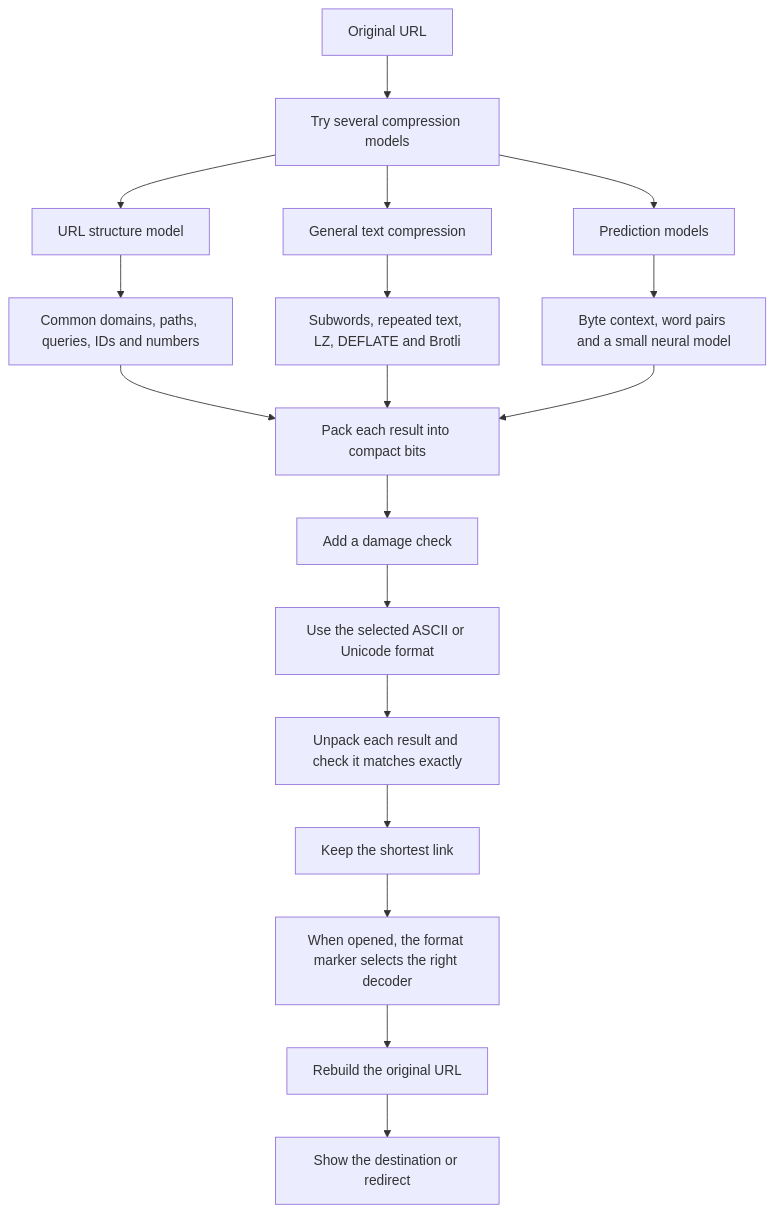
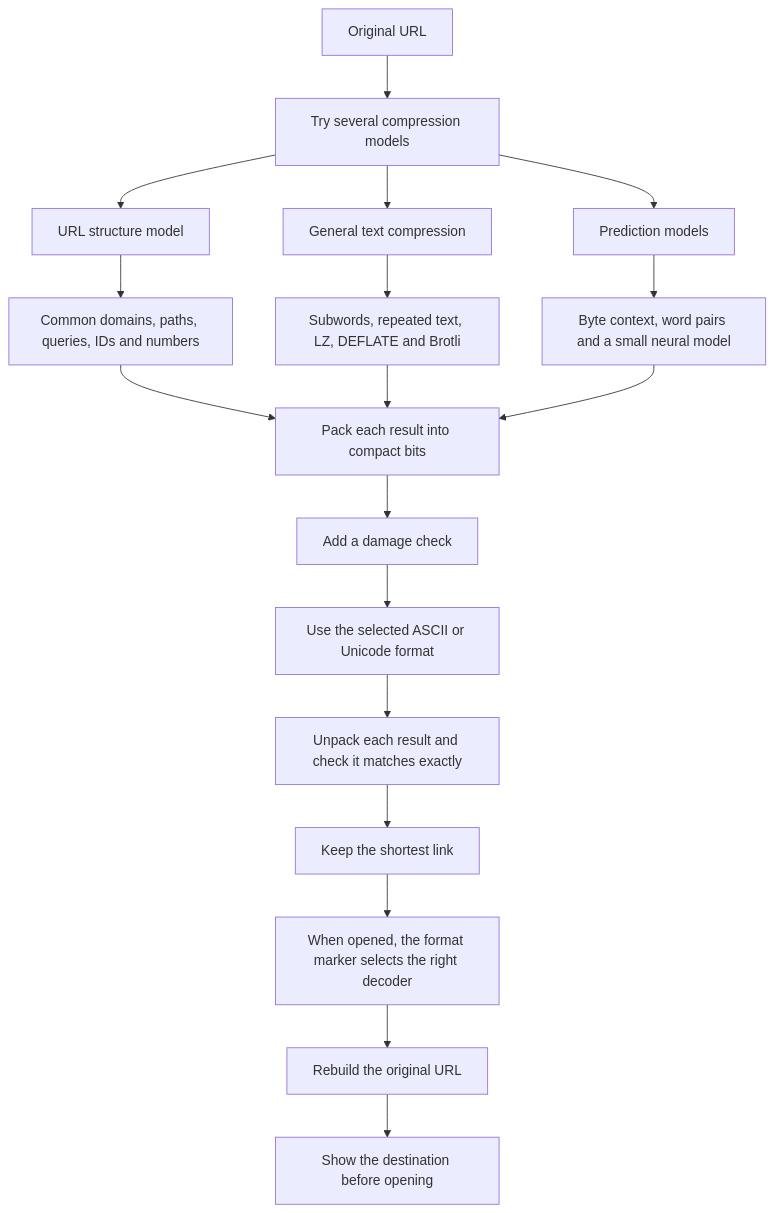
Before and after one commit to avkean/pi.sg: the diagram in README.md, drawn with Mermaid. The commit also changed other lines of this file and 16 other files, not shown here.

````diff
--- a/README.md
+++ b/README.md
@@ -26,25 +27,25 @@
 ```mermaid
 flowchart TD
     A[Original URL] --> B[Try several compression models]
 
     B --> C[URL structure model]
     B --> D[General text compression]
     B --> E[Prediction models]
 
     C --> C1[Common domains, paths, queries, IDs and numbers]
     D --> D1[Subwords, repeated text, LZ, DEFLATE and Brotli]
     E --> E1[Byte context, word pairs and a small neural model]
 
     C1 --> F[Pack each result into compact bits]
     D1 --> F
     E1 --> F
 
     F --> G[Add a damage check]
     G --> H[Use the selected ASCII or Unicode format]
     H --> I[Unpack each result and check it matches exactly]
     I --> J[Keep the shortest link]
 
     J --> K[When opened, the format marker selects the right decoder]
     K --> L[Rebuild the original URL]
-    L --> M[Show the destination or redirect]
+    L --> M[Show the destination before opening]
 ```
````
